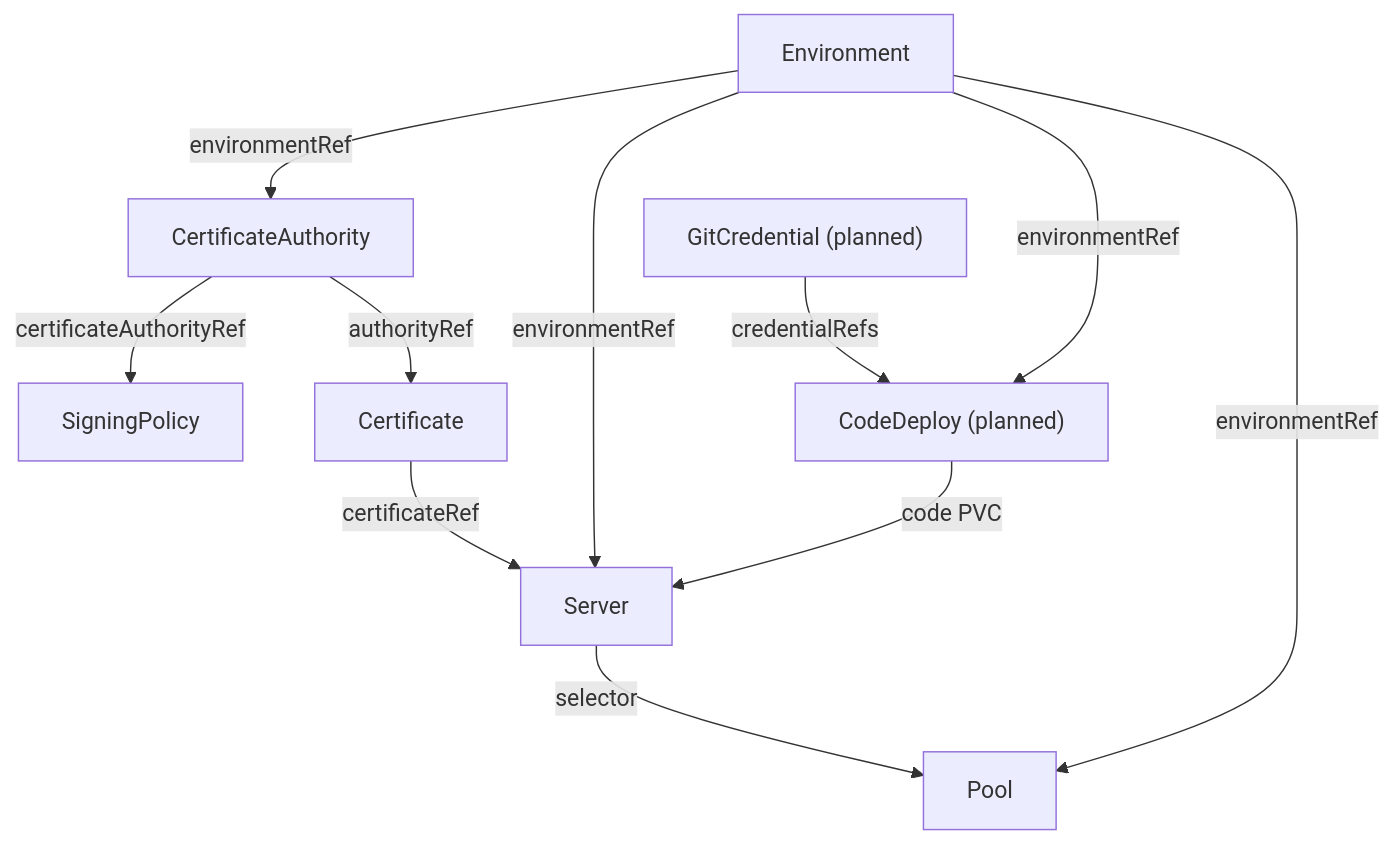
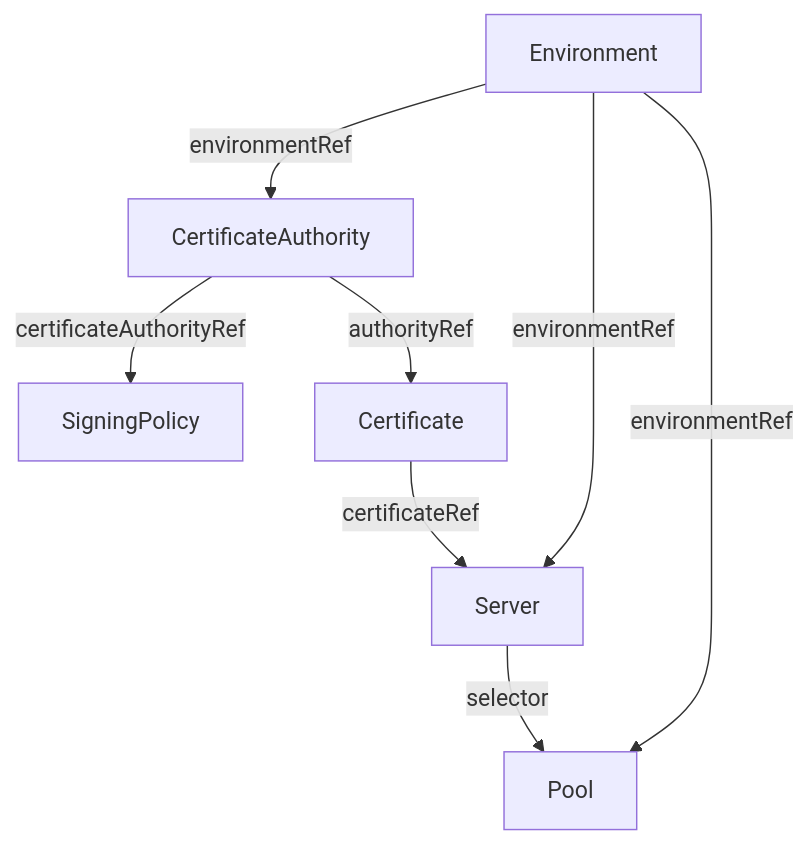
Before and after one commit to slauger/openvox-operator: the diagram in docs/reference/index.md, drawn with Mermaid. The commit also changed other lines of this file and 18 other files, not shown here.

````diff
--- a/docs/reference/index.md
+++ b/docs/reference/index.md
@@ -7,22 +7,17 @@
 ```mermaid
 graph TD
     Env["Environment"]
     CA["CertificateAuthority"]
     SP["SigningPolicy"]
     Cert["Certificate"]
     Srv["Server"]
     Pool["Pool"]
-    CD["CodeDeploy (planned)"]
-    GC["GitCredential (planned)"]
 
     Env -->|environmentRef| CA
     CA -->|certificateAuthorityRef| SP
     CA -->|authorityRef| Cert
     Cert -->|certificateRef| Srv
     Env -->|environmentRef| Srv
     Srv -->|selector| Pool
     Env -->|environmentRef| Pool
-    CD -->|"code PVC"| Srv
-    GC -->|credentialRefs| CD
-    Env -->|environmentRef| CD
 ```
````
